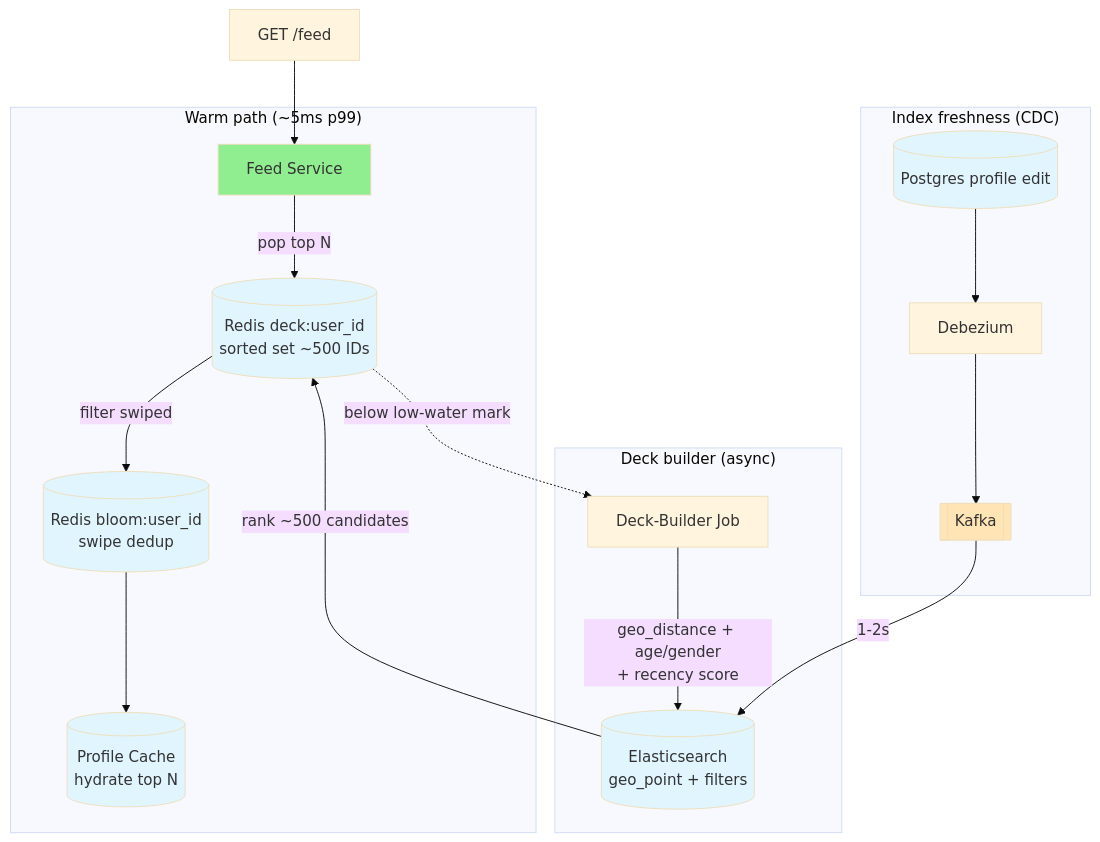
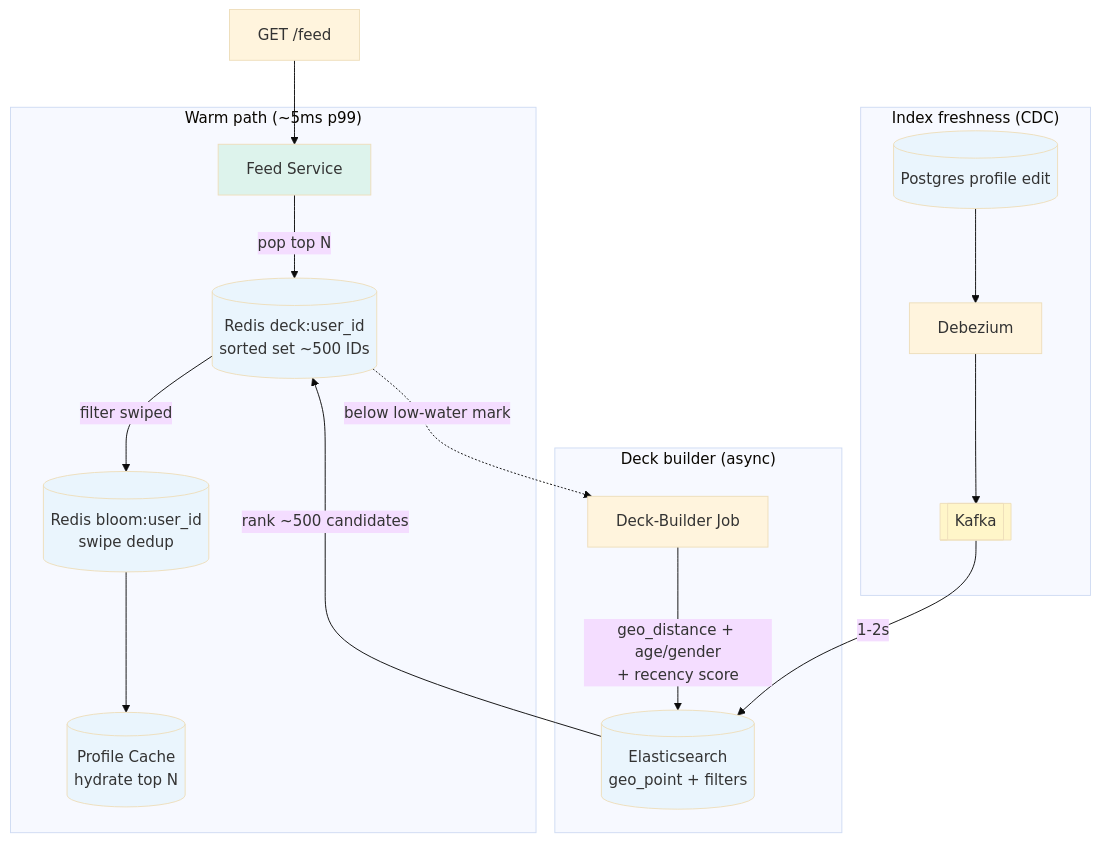
Before and after one commit to cartmancodes/InterviewVault: the fourth of 6 diagrams in LLD/questions/Design Tinder.md, drawn with Mermaid (base theme). The commit also changed other lines of this file and 679 other files, not shown here.

Commit message:
Unify content diagrams and add accessible visual walkthroughs

````diff
--- a/LLD/questions/Design Tinder.md
+++ b/LLD/questions/Design Tinder.md
@@ -337,39 +337,39 @@
 ```mermaid
 graph TB
     FEED[GET /feed]
     FS[Feed Service]
     DECK[(Redis deck:user_id<br/>sorted set ~500 IDs)]
     BLOOM[(Redis bloom:user_id<br/>swipe dedup)]
     PC[(Profile Cache<br/>hydrate top N)]
 
     subgraph "Warm path (~5ms p99)"
         FS -->|"pop top N"| DECK
         DECK -->|"filter swiped"| BLOOM
         BLOOM --> PC
     end
 
     subgraph "Deck builder (async)"
         DB[Deck-Builder Job]
         ES[(Elasticsearch<br/>geo_point + filters)]
         DB -->|"geo_distance + age/gender<br/>+ recency score"| ES
         ES -->|"rank ~500 candidates"| DECK
     end
 
     FEED --> FS
     DECK -.->|"below low-water mark"| DB
 
     subgraph "Index freshness (CDC)"
         PGE[(Postgres profile edit)]
         DBZ[Debezium]
         KFK[[Kafka]]
         PGE --> DBZ --> KFK -->|"1-2s"| ES
     end
 
-    style DECK fill:#e1f5ff
-    style BLOOM fill:#e1f5ff
-    style PC fill:#e1f5ff
-    style ES fill:#e1f5ff
-    style PGE fill:#e1f5ff
-    style KFK fill:#FFE4B5
-    style FS fill:#90EE90
+    style DECK fill:#EAF5FD
+    style BLOOM fill:#EAF5FD
+    style PC fill:#EAF5FD
+    style ES fill:#EAF5FD
+    style PGE fill:#EAF5FD
+    style KFK fill:#FFF6C9
+    style FS fill:#DDF3EC
 ```
````
